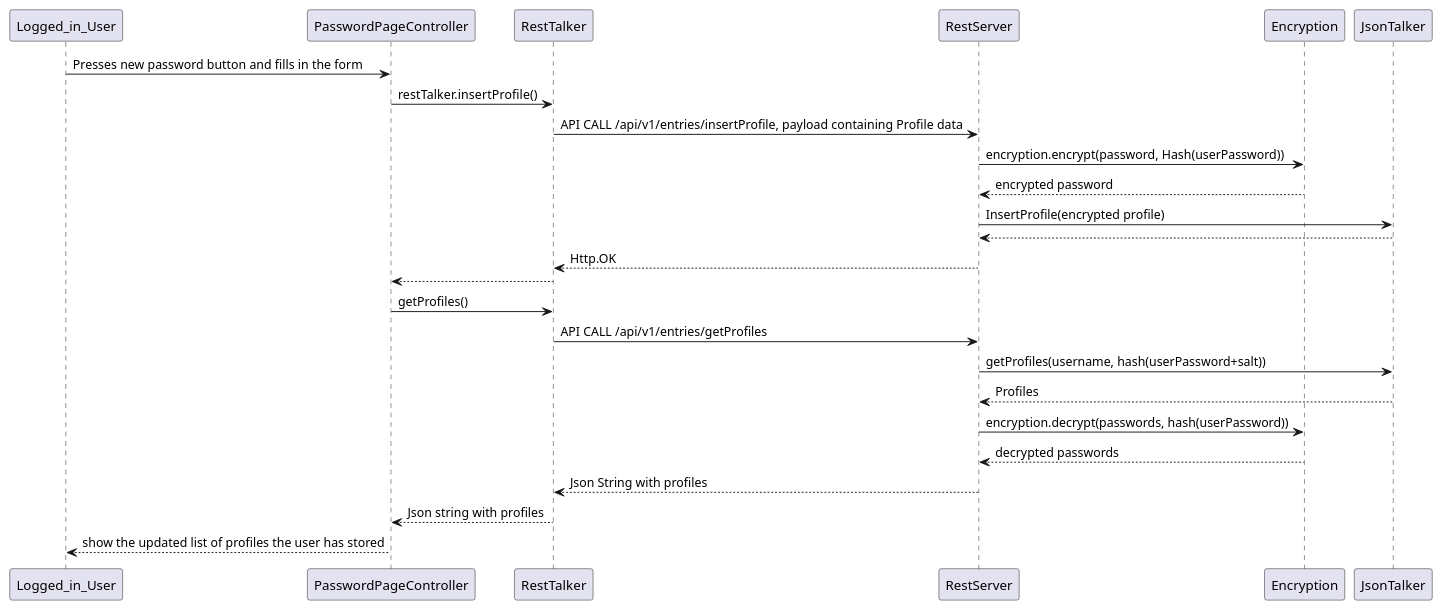
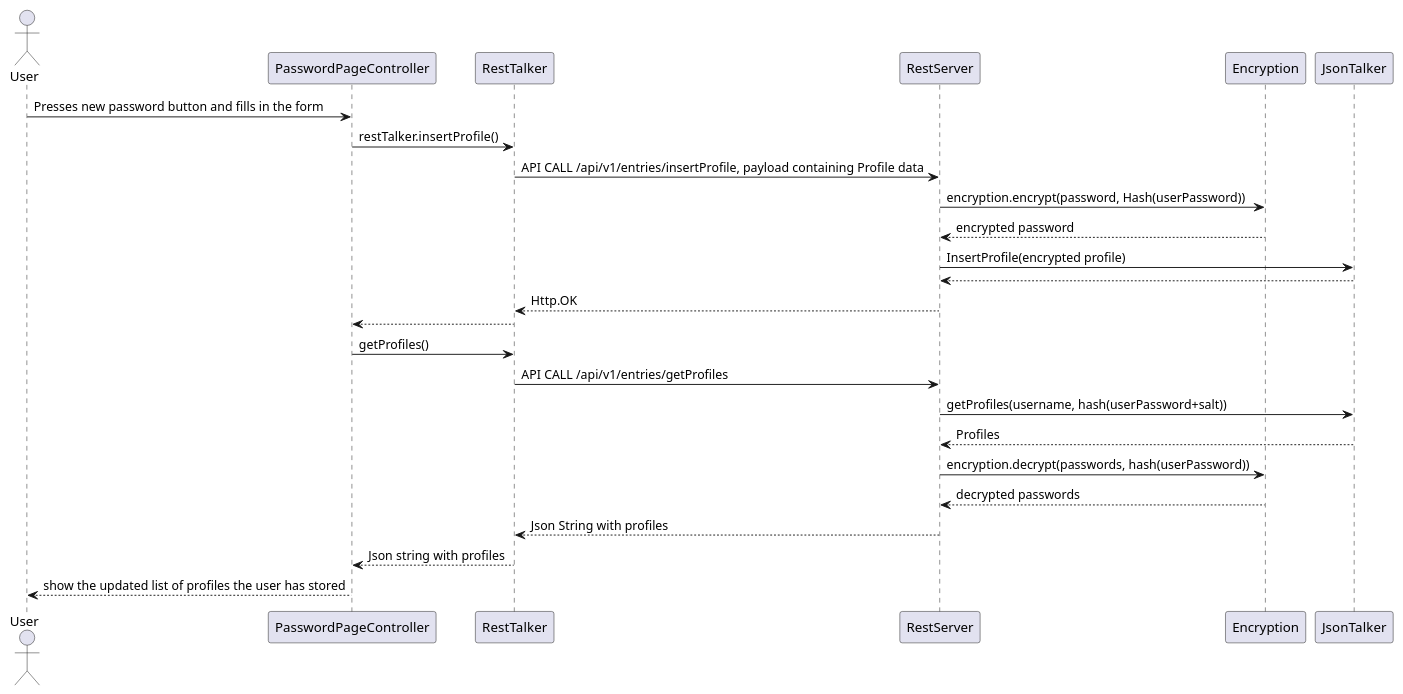
The diagram in docs/project-architecture/PUML-diagrams/SequenceDiagram.plantuml (julian-ao/password-manager), drawn with PlantUML before and after one commit. The commit also changed 7 other files, not shown here.

```diff
--- a/docs/project-architecture/PUML-diagrams/SequenceDiagram.plantuml
+++ b/docs/project-architecture/PUML-diagrams/SequenceDiagram.plantuml
@@ -1,20 +1,21 @@
 @startuml
-Logged_in_User -> PasswordPageController: Presses new password button and fills in the form
+actor User
+User -> PasswordPageController: Presses new password button and fills in the form
 PasswordPageController -> RestTalker: restTalker.insertProfile()
 RestTalker -> RestServer: API CALL /api/v1/entries/insertProfile, payload containing Profile data
 RestServer -> Encryption: encryption.encrypt(password, Hash(userPassword))
 Encryption --> RestServer: encrypted password
 RestServer -> JsonTalker: InsertProfile(encrypted profile)
 JsonTalker --> RestServer
 RestServer --> RestTalker: Http.OK
 RestTalker --> PasswordPageController
 PasswordPageController -> RestTalker: getProfiles()
 RestTalker -> RestServer: API CALL /api/v1/entries/getProfiles
 RestServer -> JsonTalker: getProfiles(username, hash(userPassword+salt))
 JsonTalker --> RestServer: Profiles
 RestServer -> Encryption: encryption.decrypt(passwords, hash(userPassword))
 Encryption --> RestServer: decrypted passwords
 RestServer --> RestTalker: Json String with profiles
 RestTalker --> PasswordPageController: Json string with profiles
-PasswordPageController --> Logged_in_User: show the updated list of profiles the user has stored
+PasswordPageController --> User: show the updated list of profiles the user has stored
 @enduml
```
